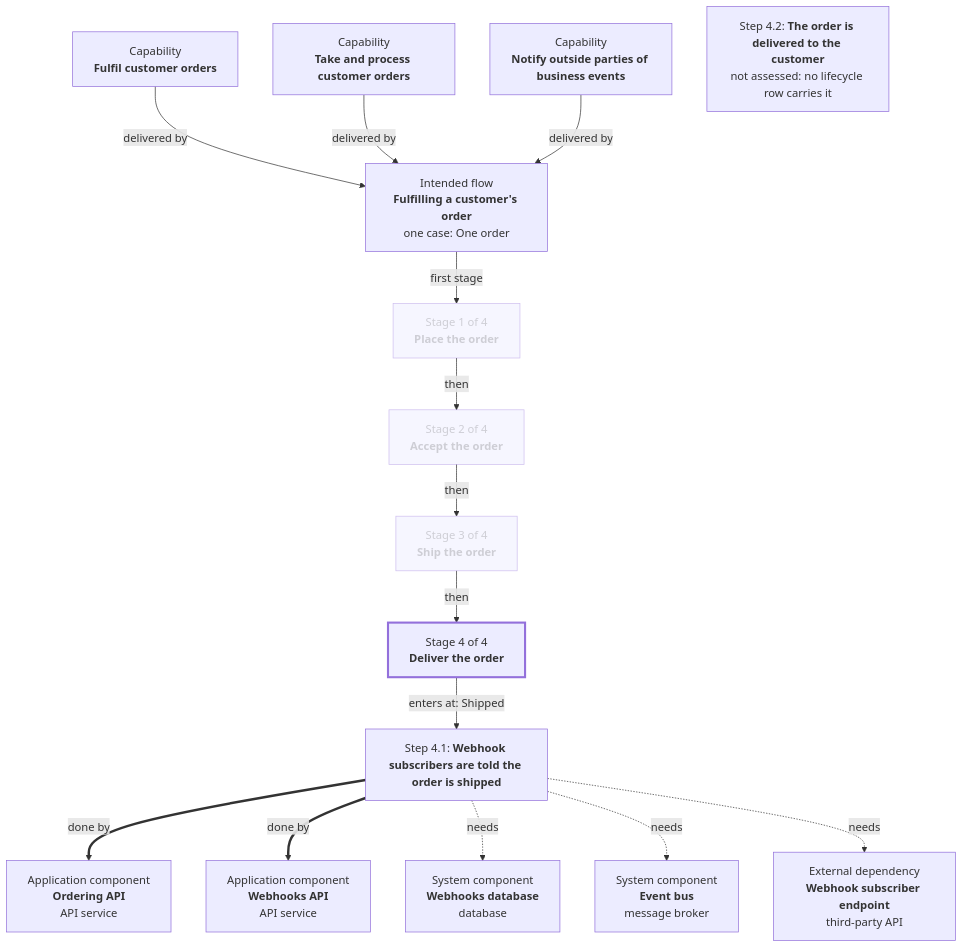
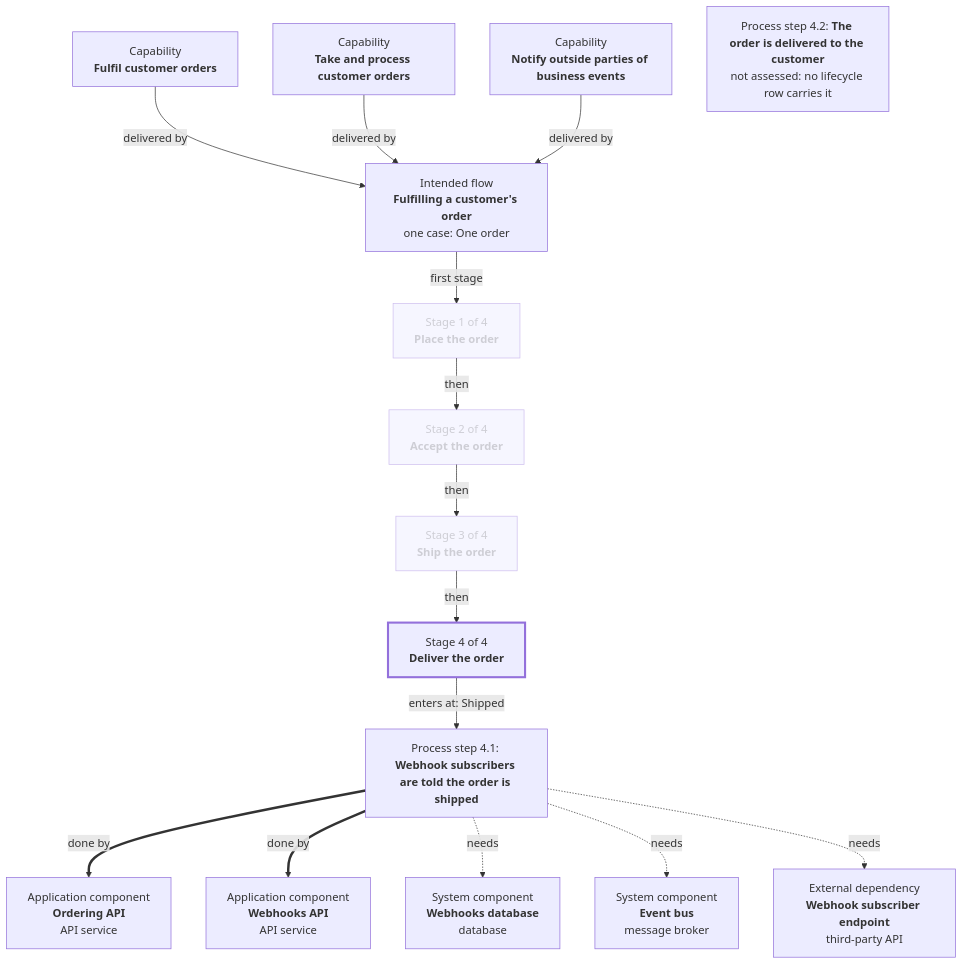
The diagram in skills/bfo-stage-kit/example-eshop/stage-ST4/STRUCTURE.md (ochocinco0601/honey-toast), drawn with Mermaid before and after one commit. The commit also changed other lines of this file and 96 other files, not shown here.

````diff
--- a/skills/bfo-stage-kit/example-eshop/stage-ST4/STRUCTURE.md
+++ b/skills/bfo-stage-kit/example-eshop/stage-ST4/STRUCTURE.md
@@ -5,35 +5,35 @@
 ```mermaid
 flowchart TD
   FL["Intended flow<br/><b>Fulfilling a customer's order</b><br/>one case: One order"]
   CAP0["Capability<br/><b>Fulfil customer orders</b>"]
   CAP0 -->|delivered by| FL
   CAP1["Capability<br/><b>Take and process customer orders</b>"]
   CAP1 -->|delivered by| FL
   CAP2["Capability<br/><b>Notify outside parties of business events</b>"]
   CAP2 -->|delivered by| FL
   ST1["Stage 1 of 4<br/><b>Place the order</b>"]
   FL -->|first stage| ST1
   ST2["Stage 2 of 4<br/><b>Accept the order</b>"]
   ST1 -->|then| ST2
   ST3["Stage 3 of 4<br/><b>Ship the order</b>"]
   ST2 -->|then| ST3
   ST4["Stage 4 of 4<br/><b>Deliver the order</b>"]
   ST3 -->|then| ST4
-  P12["Step 4.1: <b>Webhook subscribers are told the order is shipped</b>"]
-  P13["Step 4.2: <b>The order is delivered to the customer</b><br/>not assessed: no lifecycle row carries it"]
+  P12["Process step 4.1: <b>Webhook subscribers are told the order is shipped</b>"]
+  P13["Process step 4.2: <b>The order is delivered to the customer</b><br/>not assessed: no lifecycle row carries it"]
   ST4 -->|enters at: Shipped| P12
   S05["Application component<br/><b>Ordering API</b><br/>API service"]
   S11["Application component<br/><b>Webhooks API</b><br/>API service"]
   S14["System component<br/><b>Webhooks database</b><br/>database"]
   S15["System component<br/><b>Event bus</b><br/>message broker"]
   S18["External dependency<br/><b>Webhook subscriber endpoint</b><br/>third-party API"]
   P12 ==>|done by| S05
   P12 ==>|done by| S11
   P12 -.->|needs| S14
   P12 -.->|needs| S15
   P12 -.->|needs| S18
   classDef on stroke-width:3px
   class ST4 on
   classDef off opacity:0.45
   class ST1,ST2,ST3 off
 ```
````
